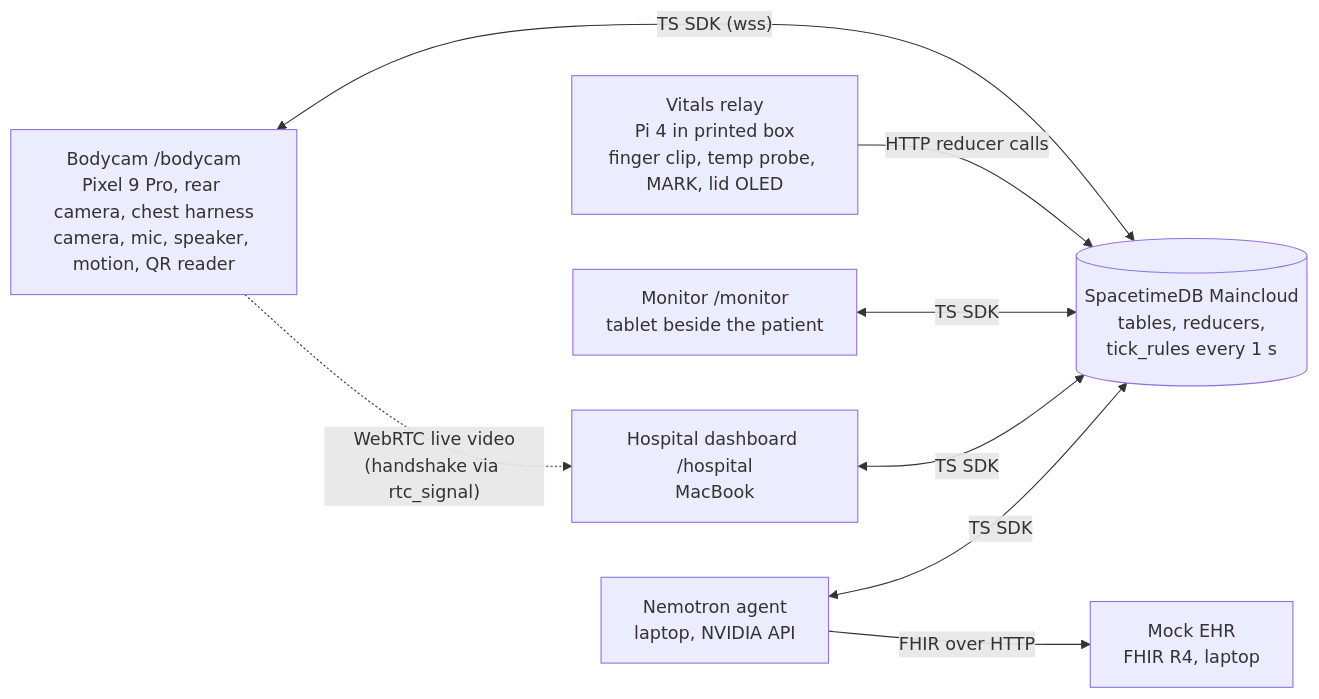
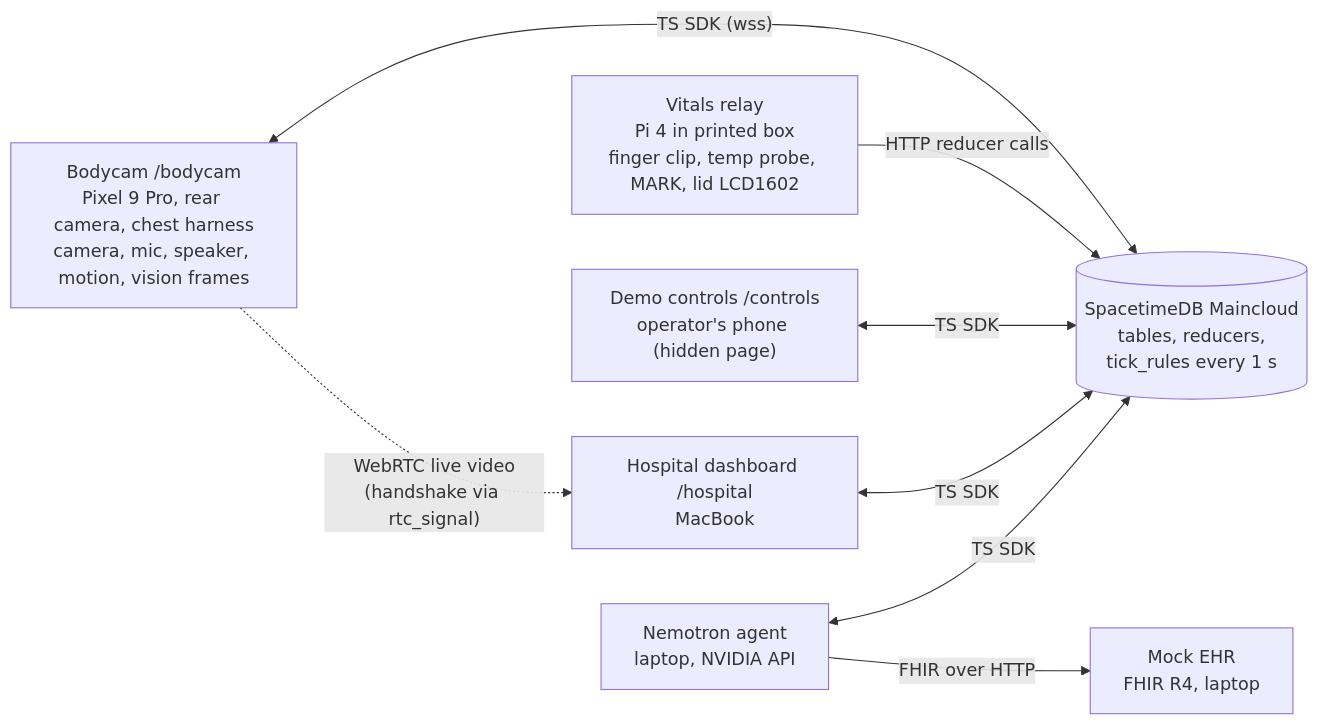
Before and after one commit to rishi-golla/hackutd26: the diagram in AGENTS.md, drawn with Mermaid. The commit also changed other lines of this file and 2 other files, not shown here.

````diff
--- a/AGENTS.md
+++ b/AGENTS.md
@@ -94,17 +97,17 @@
 ```mermaid
 flowchart LR
-  BC["Bodycam /bodycam<br/>Pixel 9 Pro, rear camera, chest harness<br/>camera, mic, speaker, motion, QR reader"]
-  RL["Vitals relay<br/>Pi 4 in printed box<br/>finger clip, temp probe, MARK, lid OLED"]
-  MON["Monitor /monitor<br/>tablet beside the patient"]
+  BC["Bodycam /bodycam<br/>Pixel 9 Pro, rear camera, chest harness<br/>camera, mic, speaker, motion, vision frames"]
+  RL["Vitals relay<br/>Pi 4 in printed box<br/>finger clip, temp probe, MARK, lid LCD1602"]
+  MON["Demo controls /controls<br/>operator's phone (hidden page)"]
   DB[("SpacetimeDB Maincloud<br/>tables, reducers,<br/>tick_rules every 1 s")]
   HOS["Hospital dashboard /hospital<br/>MacBook"]
   AG["Nemotron agent<br/>laptop, NVIDIA API"]
   EHR["Mock EHR<br/>FHIR R4, laptop"]
   BC <-- "TS SDK (wss)" --> DB
   RL -- "HTTP reducer calls" --> DB
   MON <-- "TS SDK" --> DB
   HOS <-- "TS SDK" --> DB
   AG <-- "TS SDK" --> DB
   AG -- "FHIR over HTTP" --> EHR
   BC -. "WebRTC live video<br/>(handshake via rtc_signal)" .-> HOS
 ```
````
